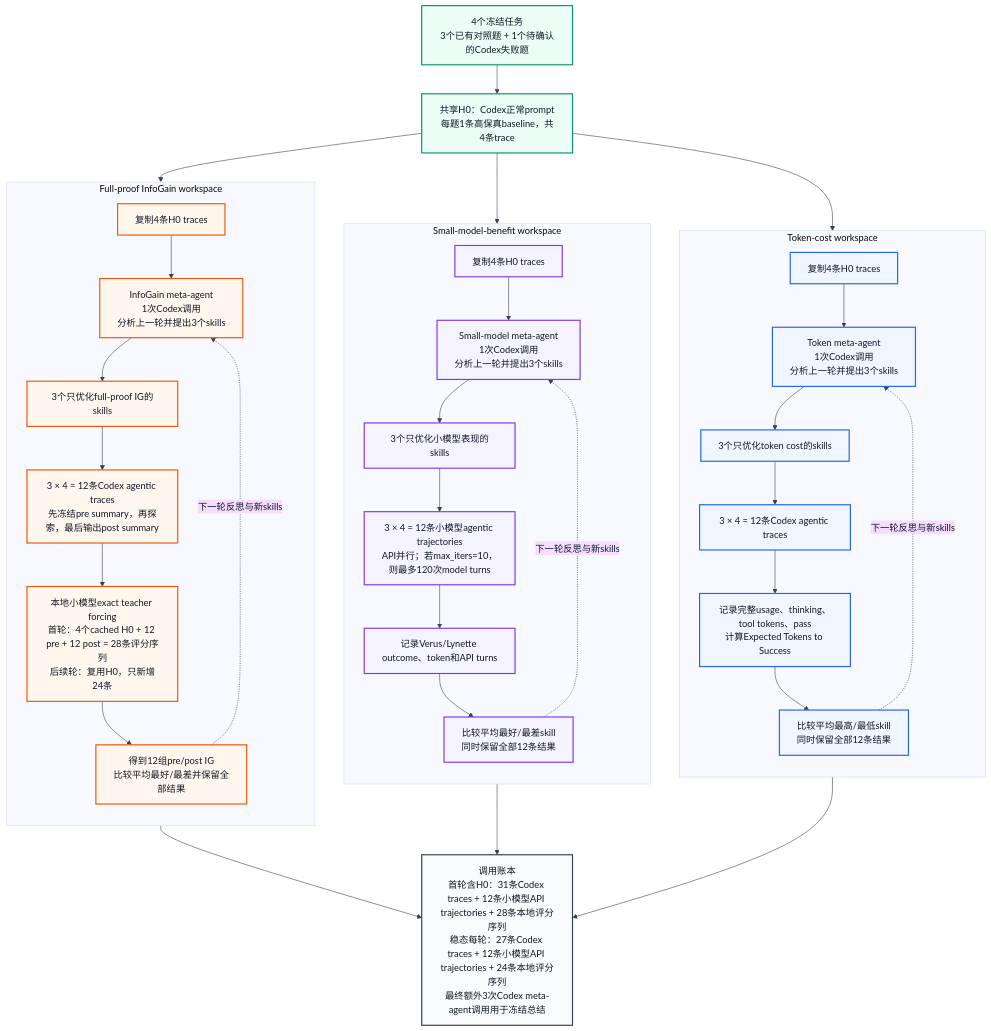
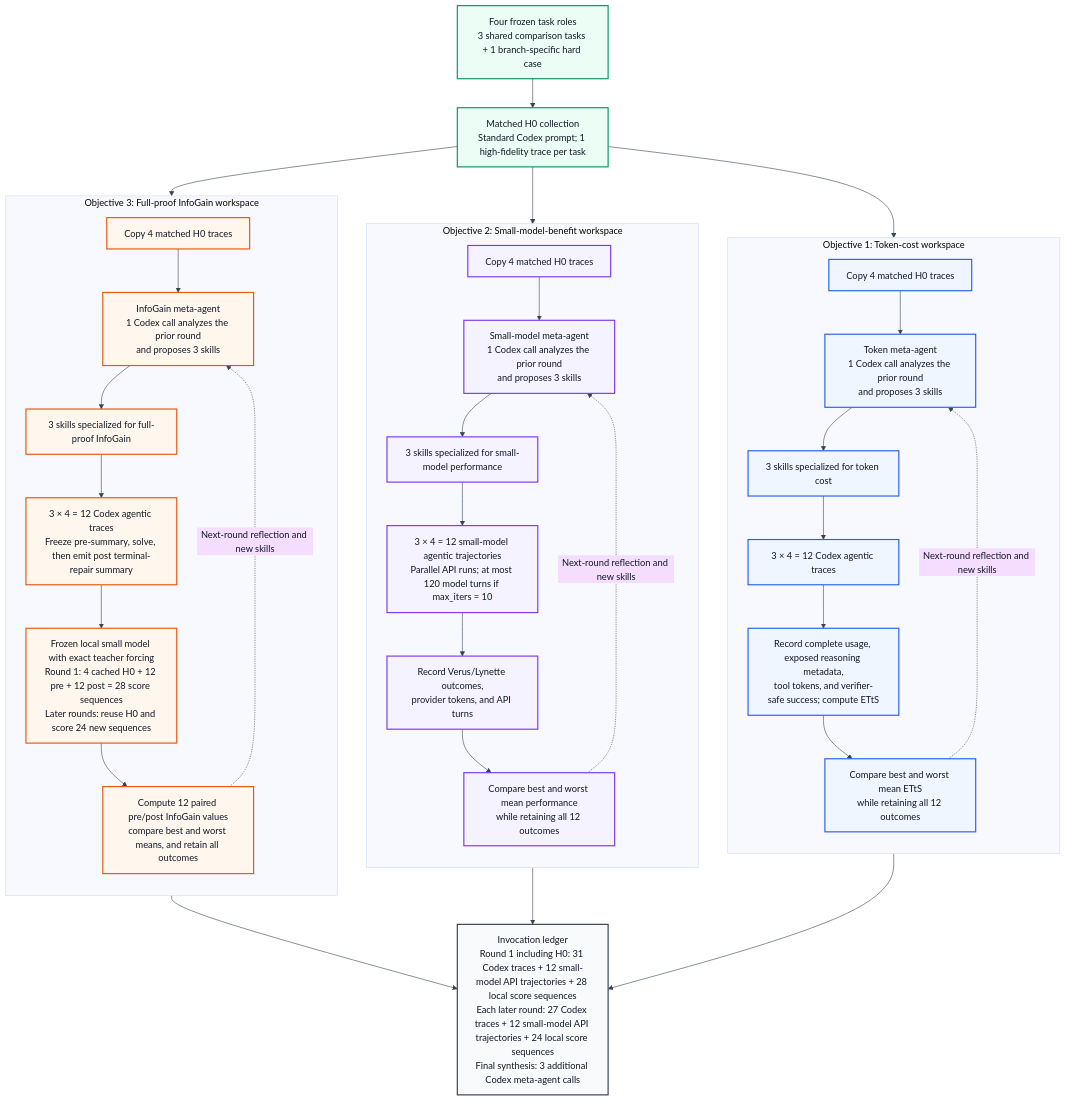
One commit to Etha-Sun/Verus-Skill-Learning changed the diagram in figures/three-objective-skill-evolution-loop.md. Above: the diagram before and after it, drawn with Mermaid. The commit also changed 8 other files, not shown here.

````diff
--- a/figures/three-objective-skill-evolution-loop.md
+++ b/figures/three-objective-skill-evolution-loop.md
@@ -7,64 +7,64 @@
 ```mermaid
-%%{init: {"theme": "base", "themeVariables": {"background": "#FFFFFF", "primaryTextColor": "#111827", "lineColor": "#374151", "fontFamily": "Arial, sans-serif"}}}%%
+%%{init: {"theme": "base", "themeCSS": "svg { background-color: #FFFFFF; }", "themeVariables": {"background": "#FFFFFF", "primaryTextColor": "#111827", "lineColor": "#374151", "fontFamily": "Arial, sans-serif"}}}%%
 flowchart TB
-    tasks["4个冻结任务<br/>3个已有对照题 + 1个待确认的Codex失败题"]
-    h0["共享H0：Codex正常prompt<br/>每题1条高保真baseline，共4条trace"]
+    tasks["Four frozen task roles<br/>3 shared comparison tasks + 1 branch-specific hard case"]
+    h0["Matched H0 collection<br/>Standard Codex prompt; 1 high-fidelity trace per task"]
     tasks --> h0
 
-    subgraph token_ws["Token-cost workspace"]
+    subgraph token_ws["Objective 1: Token-cost workspace"]
         direction TB
-        token_copy["复制4条H0 traces"]
-        token_meta["Token meta-agent<br/>1次Codex调用<br/>分析上一轮并提出3个skills"]
-        token_skills["3个只优化token cost的skills"]
-        token_runs["3 × 4 = 12条Codex agentic traces"]
-        token_eval["记录完整usage、thinking、tool tokens、pass<br/>计算Expected Tokens to Success"]
-        token_compare["比较平均最高/最低skill<br/>同时保留全部12条结果"]
+        token_copy["Copy 4 matched H0 traces"]
+        token_meta["Token meta-agent<br/>1 Codex call analyzes the prior round<br/>and proposes 3 skills"]
+        token_skills["3 skills specialized for token cost"]
+        token_runs["3 × 4 = 12 Codex agentic traces"]
+        token_eval["Record complete usage, exposed reasoning metadata,<br/>tool tokens, and verifier-safe success; compute ETtS"]
+        token_compare["Compare best and worst mean ETtS<br/>while retaining all 12 outcomes"]
         token_copy --> token_meta --> token_skills --> token_runs --> token_eval --> token_compare
-        token_compare -. "下一轮反思与新skills" .-> token_meta
+        token_compare -. "Next-round reflection and new skills" .-> token_meta
     end
 
-    subgraph small_ws["Small-model-benefit workspace"]
+    subgraph small_ws["Objective 2: Small-model-benefit workspace"]
         direction TB
-        small_copy["复制4条H0 traces"]
-        small_meta["Small-model meta-agent<br/>1次Codex调用<br/>分析上一轮并提出3个skills"]
-        small_skills["3个只优化小模型表现的skills"]
-        small_runs["3 × 4 = 12条小模型agentic trajectories<br/>API并行；若max_iters=10，则最多120次model turns"]
-        small_eval["记录Verus/Lynette outcome、token和API turns"]
-        small_compare["比较平均最好/最差skill<br/>同时保留全部12条结果"]
+        small_copy["Copy 4 matched H0 traces"]
+        small_meta["Small-model meta-agent<br/>1 Codex call analyzes the prior round<br/>and proposes 3 skills"]
+        small_skills["3 skills specialized for small-model performance"]
+        small_runs["3 × 4 = 12 small-model agentic trajectories<br/>Parallel API runs; at most 120 model turns if max_iters = 10"]
+        small_eval["Record Verus/Lynette outcomes,<br/>provider tokens, and API turns"]
+        small_compare["Compare best and worst mean performance<br/>while retaining all 12 outcomes"]
         small_copy --> small_meta --> small_skills --> small_runs --> small_eval --> small_compare
-        small_compare -. "下一轮反思与新skills" .-> small_meta
+        small_compare -. "Next-round reflection and new skills" .-> small_meta
     end
 
-    subgraph ig_ws["Full-proof InfoGain workspace"]
+    subgraph ig_ws["Objective 3: Full-proof InfoGain workspace"]
         direction TB
-        ig_copy["复制4条H0 traces"]
-        ig_meta["InfoGain meta-agent<br/>1次Codex调用<br/>分析上一轮并提出3个skills"]
-        ig_skills["3个只优化full-proof IG的skills"]
-        ig_runs["3 × 4 = 12条Codex agentic traces<br/>先冻结pre summary，再探索，最后输出post summary"]
-        ig_score["本地小模型exact teacher forcing<br/>首轮：4个cached H0 + 12 pre + 12 post = 28条评分序列<br/>后续轮：复用H0，只新增24条"]
-        ig_compare["得到12组pre/post IG<br/>比较平均最好/最差并保留全部结果"]
+        ig_copy["Copy 4 matched H0 traces"]
+        ig_meta["InfoGain meta-agent<br/>1 Codex call analyzes the prior round<br/>and proposes 3 skills"]
+        ig_skills["3 skills specialized for full-proof InfoGain"]
+        ig_runs["3 × 4 = 12 Codex agentic traces<br/>Freeze pre-summary, solve, then emit post terminal-repair summary"]
+        ig_score["Frozen local small model with exact teacher forcing<br/>Round 1: 4 cached H0 + 12 pre + 12 post = 28 score sequences<br/>Later rounds: reuse H0 and score 24 new sequences"]
+        ig_compare["Compute 12 paired pre/post InfoGain values<br/>compare best and worst means, and retain all outcomes"]
         ig_copy --> ig_meta --> ig_skills --> ig_runs --> ig_score --> ig_compare
-        ig_compare -. "下一轮反思与新skills" .-> ig_meta
+        ig_compare -. "Next-round reflection and new skills" .-> ig_meta
     end
 
     h0 --> token_copy
     h0 --> small_copy
     h0 --> ig_copy
 
     token_compare --> totals
     small_compare --> totals
     ig_compare --> totals
-    totals["调用账本<br/>首轮含H0：31条Codex traces + 12条小模型API trajectories + 28条本地评分序列<br/>稳态每轮：27条Codex traces + 12条小模型API trajectories + 24条本地评分序列<br/>最终额外3次Codex meta-agent调用用于冻结总结"]
+    totals["Invocation ledger<br/>Round 1 including H0: 31 Codex traces + 12 small-model API trajectories + 28 local score sequences<br/>Each later round: 27 Codex traces + 12 small-model API trajectories + 24 local score sequences<br/>Final synthesis: 3 additional Codex meta-agent calls"]
 
     classDef input fill:#ECFDF5,stroke:#059669,stroke-width:2px,color:#111827;
     classDef token fill:#EFF6FF,stroke:#2563EB,stroke-width:2px,color:#111827;
     classDef small fill:#F5F3FF,stroke:#7C3AED,stroke-width:2px,color:#111827;
     classDef ig fill:#FFF7ED,stroke:#EA580C,stroke-width:2px,color:#111827;
     classDef output fill:#F9FAFB,stroke:#374151,stroke-width:2px,color:#111827;
 
     class tasks,h0 input;
     class token_copy,token_meta,token_skills,token_runs,token_eval,token_compare token;
     class small_copy,small_meta,small_skills,small_runs,small_eval,small_compare small;
     class ig_copy,ig_meta,ig_skills,ig_runs,ig_score,ig_compare ig;
     class totals output;
 ```
````
